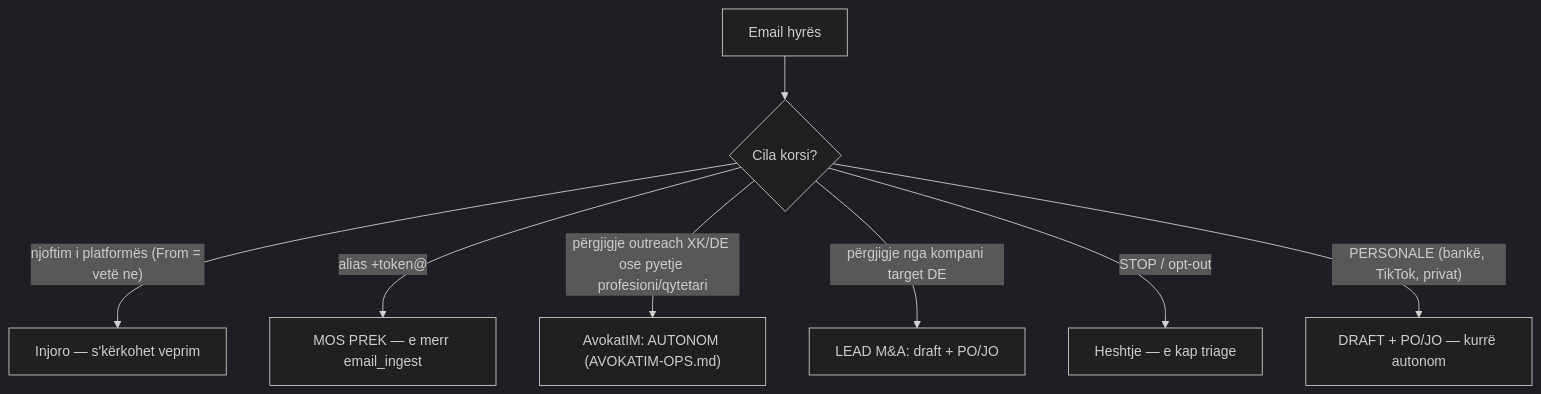
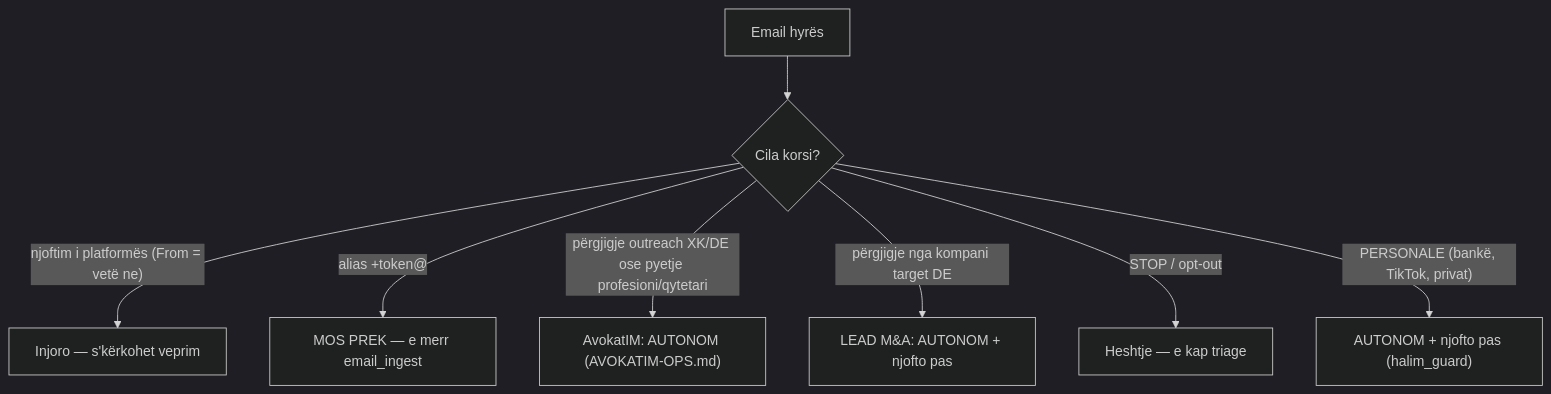
The diagram in GMAIL-OPS.md (arifiarber-sYn/halim-core), drawn with Mermaid (dark theme) before and after one commit. The commit also changed other lines of this file and 5 other files, not shown here.

````diff
--- a/GMAIL-OPS.md
+++ b/GMAIL-OPS.md
@@ -54,10 +54,10 @@
 ```mermaid
 flowchart TD
     mail["Email hyrës"] --> q{"Cila korsi?"}
     q -->|"njoftim i platformës (From = vetë ne)"| sys["Injoro — s'kërkohet veprim"]
     q -->|"alias +token@"| ing["MOS PREK — e merr email_ingest"]
     q -->|"përgjigje outreach XK/DE ose pyetje profesioni/qytetari"| av["AvokatIM: AUTONOM (AVOKATIM-OPS.md)"]
-    q -->|"përgjigje nga kompani target DE"| mna["LEAD M&A: draft + PO/JO"]
+    q -->|"përgjigje nga kompani target DE"| mna["LEAD M&A: AUTONOM + njofto pas"]
     q -->|"STOP / opt-out"| opt["Heshtje — e kap triage"]
-    q -->|"PERSONALE (bankë, TikTok, privat)"| per["DRAFT + PO/JO — kurrë autonom"]
+    q -->|"PERSONALE (bankë, TikTok, privat)"| per["AUTONOM + njofto pas (halim_guard)"]
 ```
````
